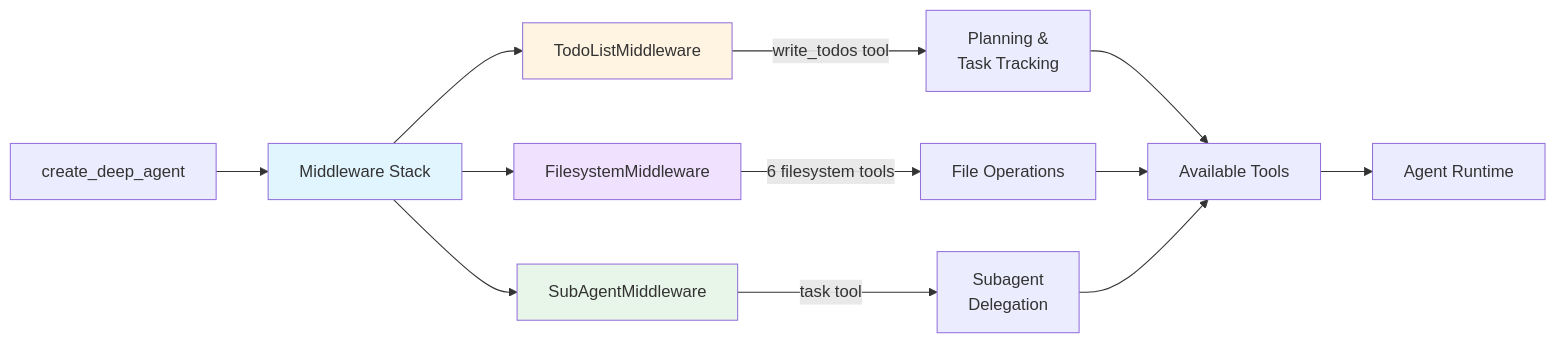
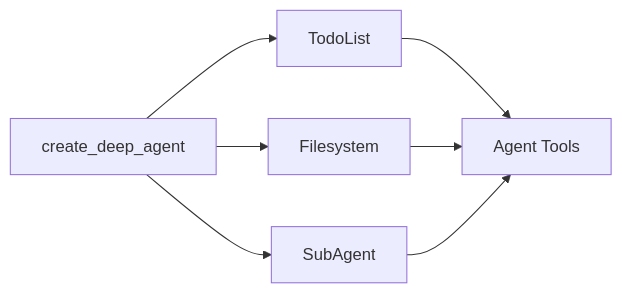
Before and after one commit to langchain-ai/docs: the diagram in src/oss/deepagents/middleware.mdx, drawn with Mermaid. The commit also changed 6 other files, not shown here.

````diff
--- a/src/oss/deepagents/middleware.mdx
+++ b/src/oss/deepagents/middleware.mdx
@@ -15,23 +15,10 @@
 ```mermaid
 graph LR
-    Agent[create_deep_agent] --> Stack[Middleware Stack]
+    Agent[create_deep_agent] --> Todo[TodoList]
+    Agent --> FS[Filesystem]
+    Agent --> Sub[SubAgent]
 
-    Stack --> Todo[TodoListMiddleware]
-    Stack --> FS[FilesystemMiddleware]
-    Stack --> Sub[SubAgentMiddleware]
-
-    Todo --> |write_todos tool| Planning[Planning &<br/>Task Tracking]
-    FS --> |6 filesystem tools| Files[File Operations]
-    Sub --> |task tool| Delegation[Subagent<br/>Delegation]
-
-    Planning --> Tools[Available Tools]
-    Files --> Tools
-    Delegation --> Tools
-
-    Tools --> Runtime[Agent Runtime]
-
-    style Stack fill:#e1f5ff
-    style Todo fill:#fff4e1
-    style FS fill:#f0e1ff
-    style Sub fill:#e8f5e9
+    Todo --> Tools[Agent Tools]
+    FS --> Tools
+    Sub --> Tools
 ```
````
